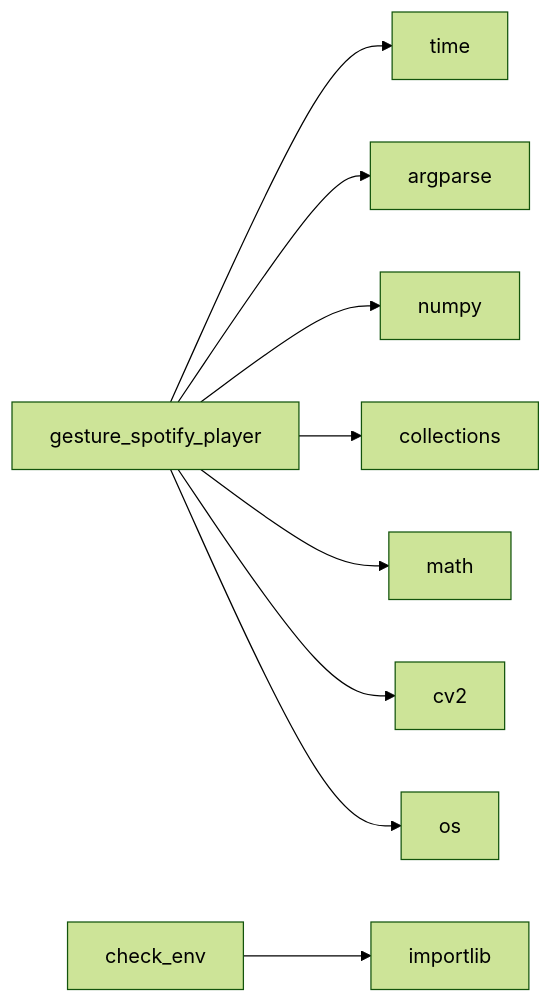
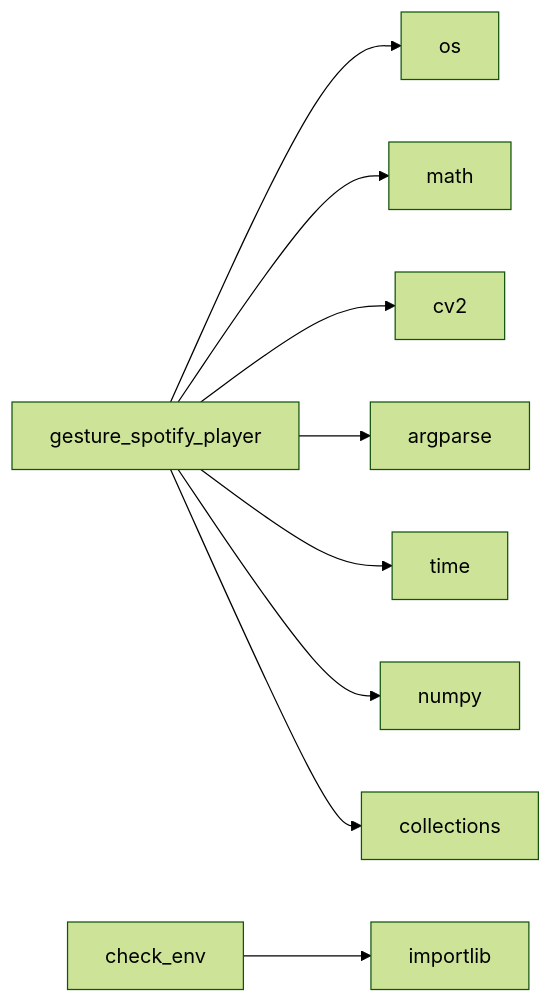
One commit to NITISH-R-G/PalmPlay1 changed the second of 2 diagrams in README.md. Above: the diagram before and after it, drawn with Mermaid (forest theme). The commit also changed other lines of this file and 3 other files, not shown here.

Commit message:
docs: update repository documentation and diagrams [skip ci]

````diff
--- a/README.md
+++ b/README.md
@@ -60,15 +60,15 @@
 ```mermaid
 graph LR
     gesture_spotify_player[gesture_spotify_player]
+    gesture_spotify_player --> os[os]
+    gesture_spotify_player --> math[math]
+    gesture_spotify_player --> cv2[cv2]
+    gesture_spotify_player --> argparse[argparse]
     gesture_spotify_player --> time[time]
-    gesture_spotify_player --> argparse[argparse]
     gesture_spotify_player --> numpy[numpy]
     gesture_spotify_player --> collections[collections]
-    gesture_spotify_player --> math[math]
-    gesture_spotify_player --> cv2[cv2]
-    gesture_spotify_player --> os[os]
     check_env[check_env]
     check_env --> importlib[importlib]
     click gesture_spotify_player href "https://github.com/NITISH-R-G/PalmPlay1/blob/main/gesture_spotify_player.py" "View source code"
     click check_env href "https://github.com/NITISH-R-G/PalmPlay1/blob/main/check_env.py" "View source code"
 ```
````
